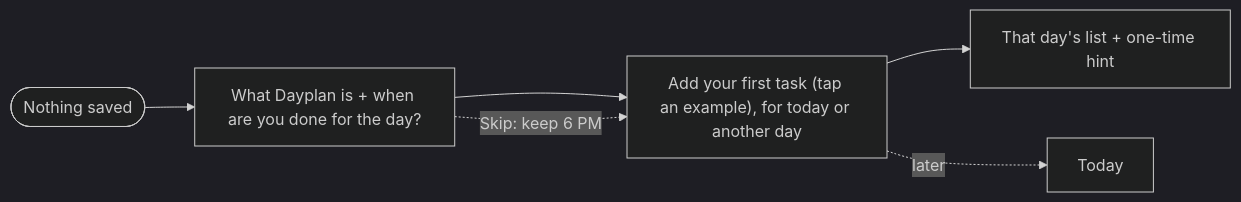
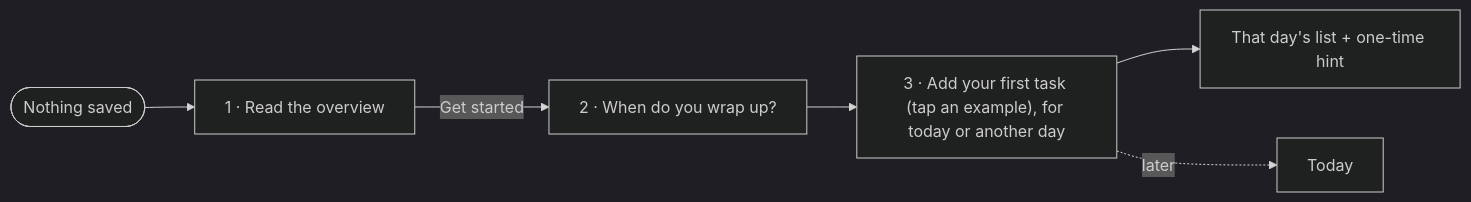
One commit to neilpandya01/hw3-dbs changed the second of 2 diagrams in README.md. Above: the diagram before and after it, drawn with Mermaid (dark theme). The commit also changed other lines of this file and 6 other files, not shown here.

````diff
--- a/README.md
+++ b/README.md
@@ -39,8 +40,8 @@
 ```mermaid
 flowchart LR
-  A([Nothing saved]) --> B["What Dayplan is + when are you done for the day?"]
-  B --> C["Add your first task (tap an example), for today or another day"]
+  A([Nothing saved]) --> O["1 · Read the overview"]
+  O -- Get started --> B["2 · When do you wrap up?"]
+  B --> C["3 · Add your first task (tap an example), for today or another day"]
   C --> D["That day's list + one-time hint"]
-  B -. Skip: keep 6 PM .-> C
   C -. later .-> E[Today]
 ```
````
